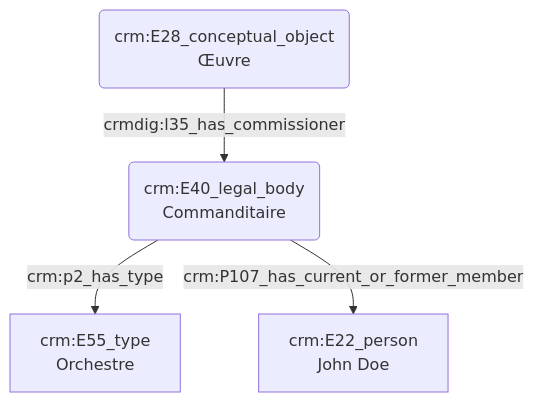
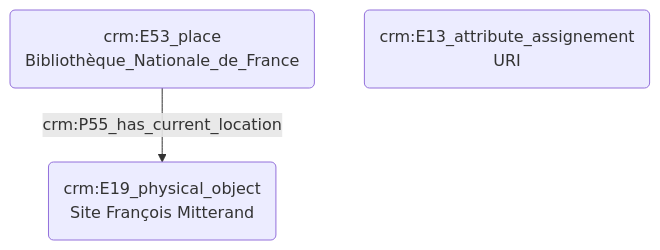
Before and after one commit to Amleth/consortium-musica2-gt2-ontologies: the diagram in modules/livrables/Dossier 2/Indexation conceptuelle/indexation_d_un_lieu.md, drawn with Mermaid.

````diff
--- a/modules/livrables/Dossier 2/Indexation conceptuelle/indexation_d_un_lieu.md
+++ b/modules/livrables/Dossier 2/Indexation conceptuelle/indexation_d_un_lieu.md
@@ -13,8 +11,8 @@
 ```mermaid
 graph TD;
 
-A(crm:E28_conceptual_object<br>Œuvre) --> |crmdig:l35_has_commissioner| B(crm:E40_legal_body<br>Commanditaire)
-B(crm:E40_legal_body<br>Commanditaire) --> |crm:p2_has_type| C[crm:E55_type<br>Orchestre]
-B(crm:E40_legal_body<br>Commanditaire) --> |crm:P107_has_current_or_former_member| D[crm:E22_person<br>John Doe]
+A(crm:E53_place<br>Bibliothèque_Nationale_de_France) --> |crm:P55_has_current_location| B(crm:E19_physical_object<br>Site François Mitterand)
+C(crm:E13_attribute_assignement<br>URI)
+
 
 ```
````
